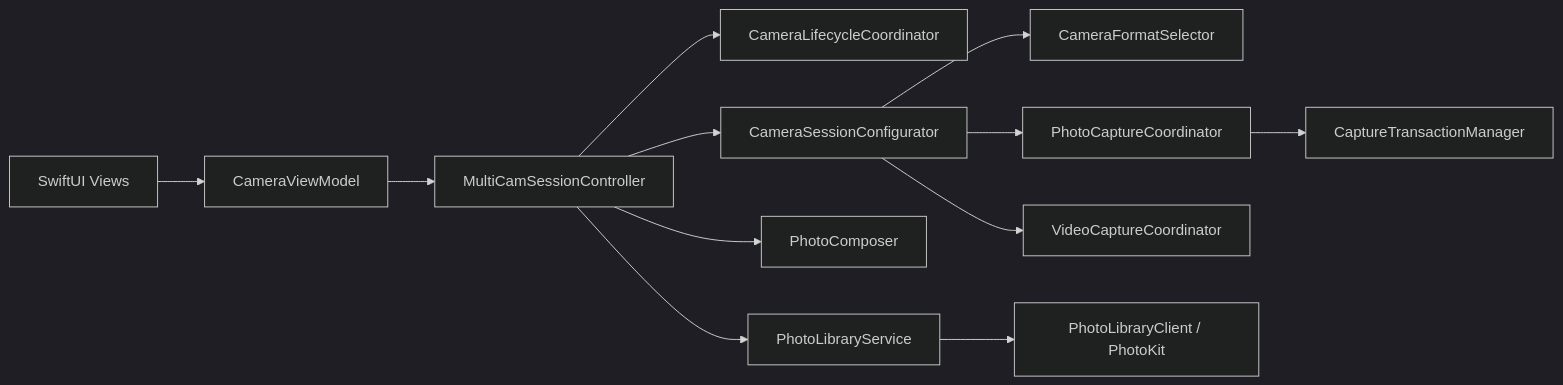
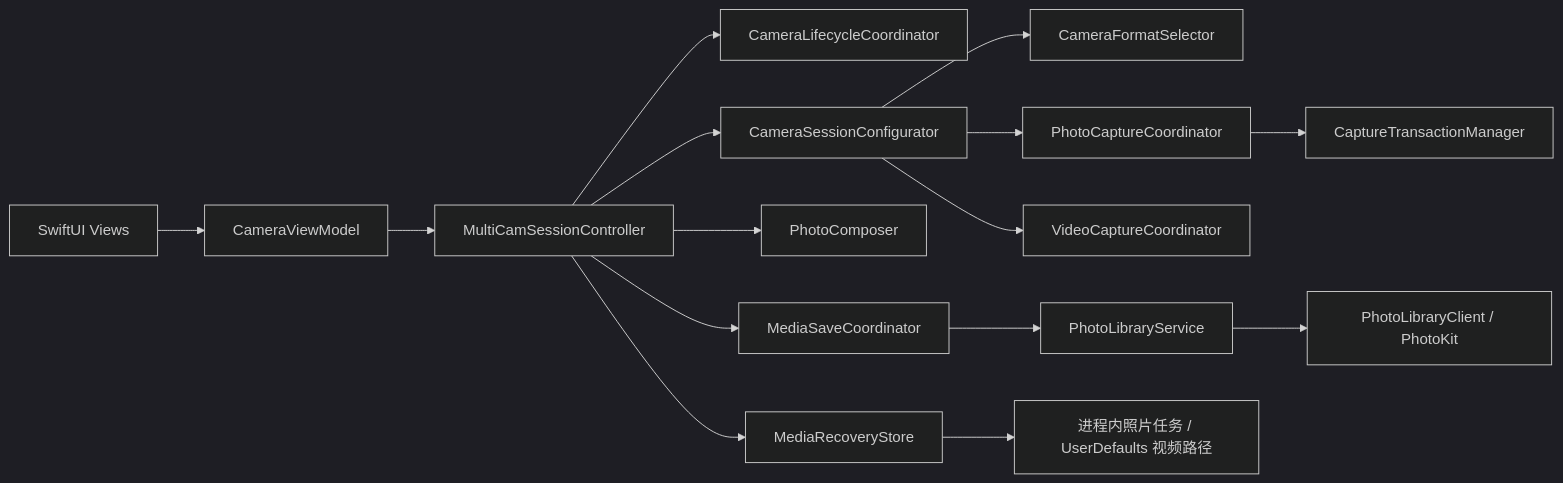
Before and after one commit to taoking/dual-camera-ios: the diagram in docs/architecture.md, drawn with Mermaid (dark theme). The commit also changed other lines of this file and 27 other files, not shown here.

````diff
--- a/docs/architecture.md
+++ b/docs/architecture.md
@@ -5,14 +5,17 @@
 ```mermaid
 flowchart LR
   UI[SwiftUI Views] --> VM[CameraViewModel]
   VM --> SC[MultiCamSessionController]
   SC --> LC[CameraLifecycleCoordinator]
   SC --> CFG[CameraSessionConfigurator]
   CFG --> FS[CameraFormatSelector]
   CFG --> PC[PhotoCaptureCoordinator]
   CFG --> VC[VideoCaptureCoordinator]
   PC --> TM[CaptureTransactionManager]
   SC --> Composer[PhotoComposer]
-  SC --> Library[PhotoLibraryService]
+  SC --> MSC[MediaSaveCoordinator]
+  SC --> MRS[MediaRecoveryStore]
+  MSC --> Library[PhotoLibraryService]
   Library --> PK[PhotoLibraryClient / PhotoKit]
+  MRS --> Recovery["进程内照片任务 / UserDefaults 视频路径"]
 ```
````
